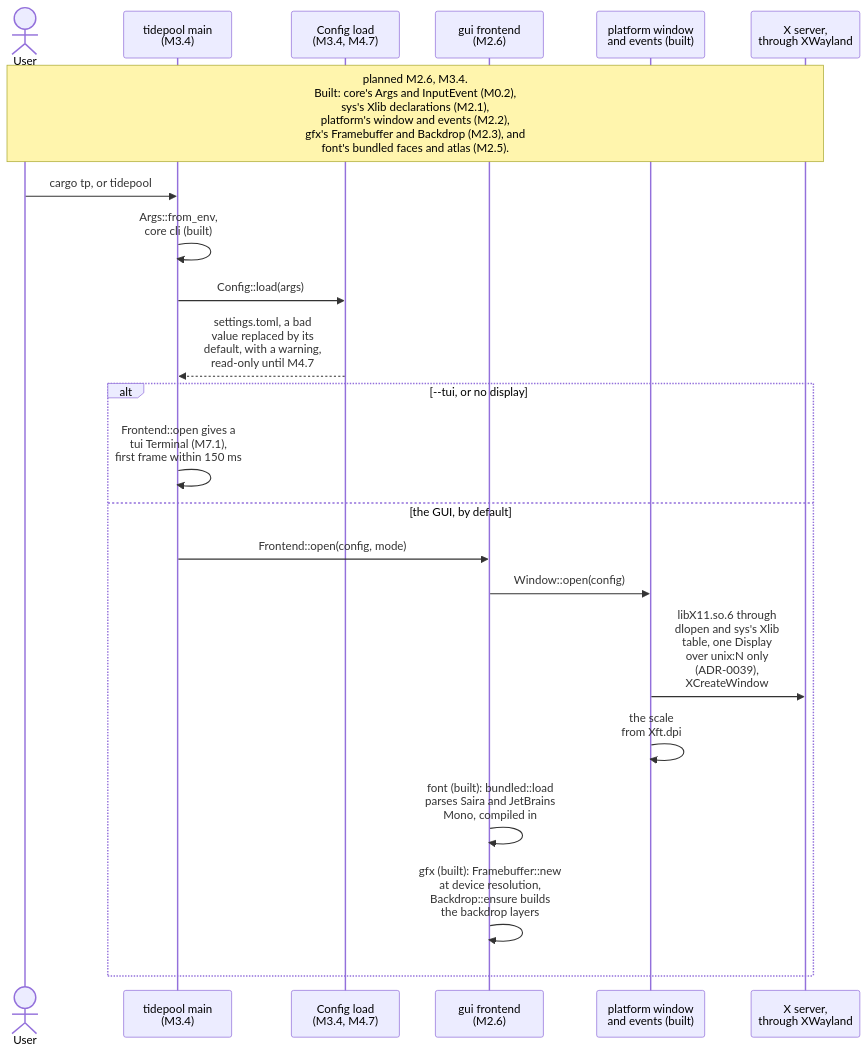
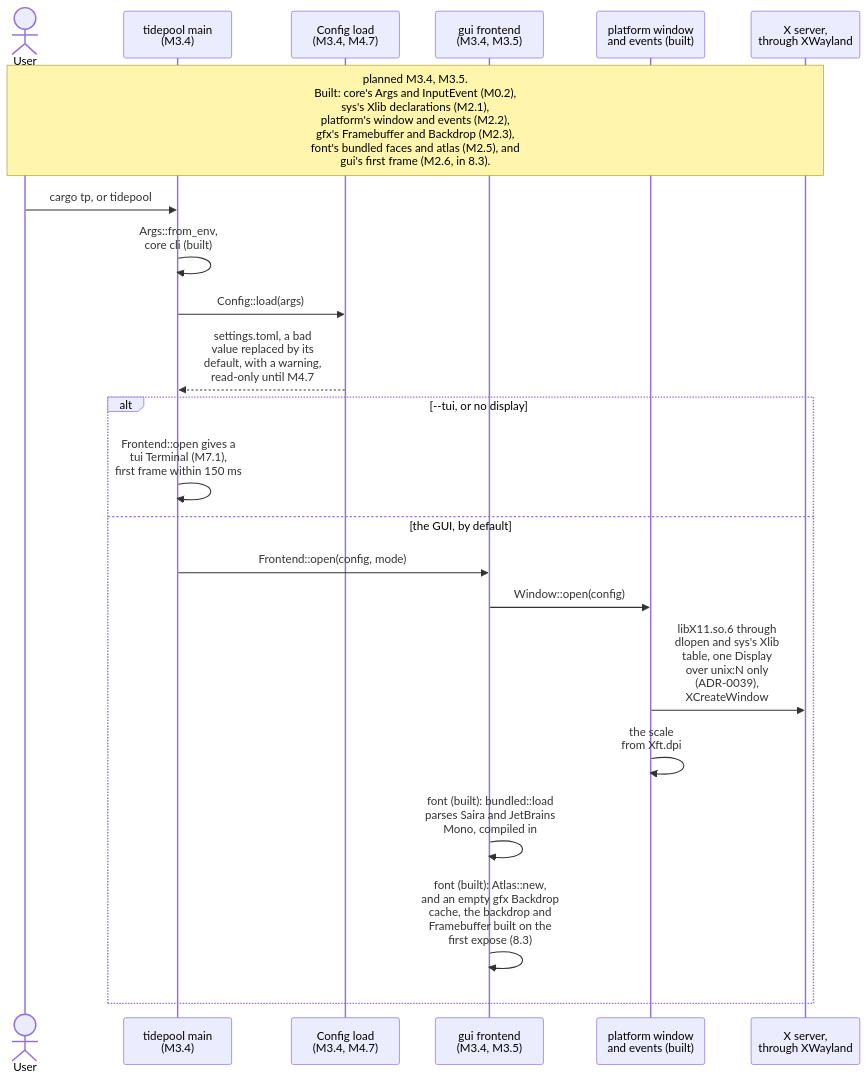
One commit to jabbott-iii/Tidepool changed the ninth of 23 diagrams in diagrams/sequence-diagrams.md. Above: the diagram before and after it, drawn with Mermaid. The commit also changed other lines of this file and 35 other files, not shown here.

First line of the commit message:
gui, app: the first frame (M2.6)

````diff
--- a/diagrams/sequence-diagrams.md
+++ b/diagrams/sequence-diagrams.md
@@ -517,25 +520,25 @@
 ```mermaid
 sequenceDiagram
     actor User
     participant Cli as tidepool main<br/>(M3.4)
     participant Cfg as Config load<br/>(M3.4, M4.7)
-    participant Fe as gui frontend<br/>(M2.6)
+    participant Fe as gui frontend<br/>(M3.4, M3.5)
     participant Plat as platform window<br/>and events (built)
     participant Disp as X server,<br/>through XWayland
 
-    Note over User,Disp: planned M2.6, M3.4.<br/>Built: core's Args and InputEvent (M0.2),<br/>sys's Xlib declarations (M2.1),<br/>platform's window and events (M2.2),<br/>gfx's Framebuffer and Backdrop (M2.3), and<br/>font's bundled faces and atlas (M2.5).
+    Note over User,Disp: planned M3.4, M3.5.<br/>Built: core's Args and InputEvent (M0.2),<br/>sys's Xlib declarations (M2.1),<br/>platform's window and events (M2.2),<br/>gfx's Framebuffer and Backdrop (M2.3),<br/>font's bundled faces and atlas (M2.5), and<br/>gui's first frame (M2.6, in 8.3).
     User->>Cli: cargo tp, or tidepool
     Cli->>Cli: Args::from_env,<br/>core cli (built)
     Cli->>Cfg: Config::load(args)
     Cfg-->>Cli: settings.toml, a bad<br/>value replaced by its<br/>default, with a warning,<br/>read-only until M4.7
     alt --tui, or no display
         Cli->>Cli: Frontend::open gives a<br/>tui Terminal (M7.1),<br/>first frame within 150 ms
     else the GUI, by default
         Cli->>Fe: Frontend::open(config, mode)
         Fe->>Plat: Window::open(config)
         Plat->>Disp: libX11.so.6 through<br/>dlopen and sys's Xlib<br/>table, one Display<br/>over unix:N only<br/>(ADR-0039),<br/>XCreateWindow
         Plat->>Plat: the scale<br/>from Xft.dpi
         Fe->>Fe: font (built): bundled::load<br/>parses Saira and JetBrains<br/>Mono, compiled in
-        Fe->>Fe: gfx (built): Framebuffer::new<br/>at device resolution,<br/>Backdrop::ensure builds<br/>the backdrop layers
+        Fe->>Fe: font (built): Atlas::new,<br/>and an empty gfx Backdrop<br/>cache, the backdrop and<br/>Framebuffer built on the<br/>first expose (8.3)
     end
 ```
````
